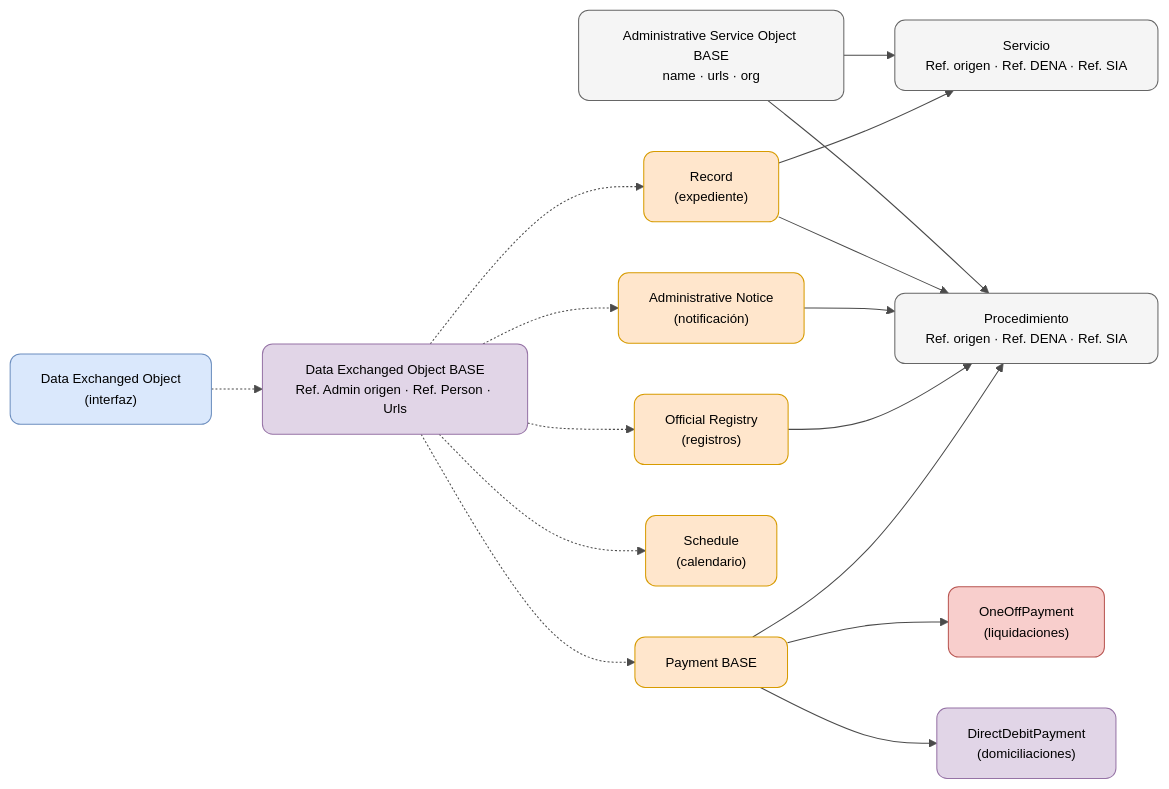
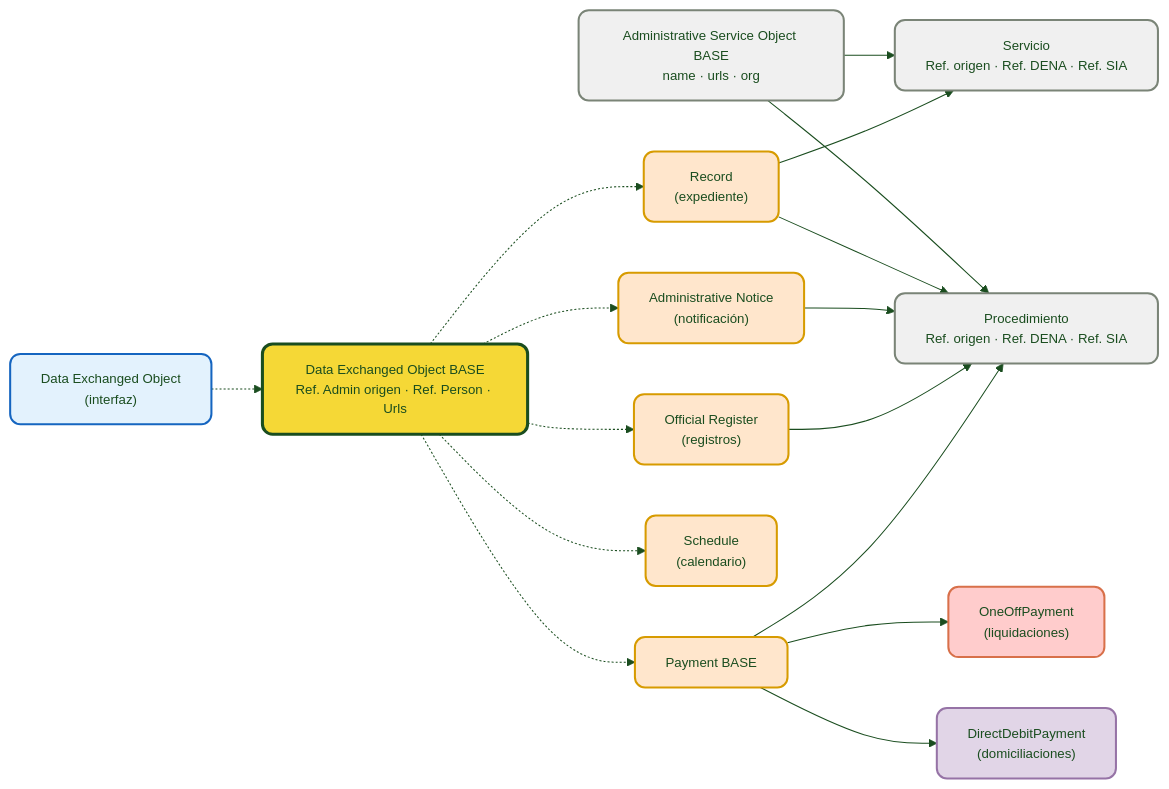
The first of 3 diagrams in docs/semantica/data-retrieve/index.md (DENA-Euskadi/dena-euskadi.github.io), drawn with Mermaid before and after one commit. The commit also changed other lines of this file and 76 other files, not shown here.

````diff
--- a/docs/semantica/data-retrieve/index.md
+++ b/docs/semantica/data-retrieve/index.md
@@ -26,73 +25,74 @@
 ```mermaid
 ---
 config:
   theme: base
   themeVariables:
     primaryColor: "#FFFFFF"
-    primaryTextColor: "#000000"
-    primaryBorderColor: "#CCCCCC"
-    lineColor: "#4A4A4A"
+    primaryTextColor: "#1a4d1f"
+    primaryBorderColor: "#70d680"
+    lineColor: "#1a4d1f"
     fontSize: "13px"
+    fontFamily: "Manrope, sans-serif"
     edgeLabelBackground: "#FFFFFF"
 ---
 flowchart LR
     IFACE["Data Exchanged Object\n(interfaz)"]
     BASE["Data Exchanged Object BASE\nRef. Admin origen · Ref. Person · Urls"]
 
     IFACE -.-> BASE
 
     RECORD["Record\n(expediente)"]
     NOTICE["Administrative Notice\n(notificación)"]
-    REGISTRY["Official Registry\n(registros)"]
+    REGISTRY["Official Register\n(registros)"]
     PAYBASE["Payment BASE"]
     SCHEDULE["Schedule\n(calendario)"]
 
     BASE -.-> RECORD
     BASE -.-> NOTICE
     BASE -.-> REGISTRY
     BASE -.-> PAYBASE
     BASE -.-> SCHEDULE
 
     ONEOFF["OneOffPayment\n(liquidaciones)"]
     DIRECTDEBIT["DirectDebitPayment\n(domiciliaciones)"]
 
     PAYBASE --> ONEOFF
     PAYBASE --> DIRECTDEBIT
 
     SRVBASE["Administrative Service Object BASE\nname · urls · org"]
     SRV["Servicio\nRef. origen · Ref. DENA · Ref. SIA"]
     PROC["Procedimiento\nRef. origen · Ref. DENA · Ref. SIA"]
 
     SRVBASE --> SRV
     SRVBASE --> PROC
 
     RECORD --> SRV
     RECORD --> PROC
     NOTICE --> PROC
     REGISTRY --> PROC
     PAYBASE --> PROC
 
-    click RECORD "https://github.com/DENA-Euskadi/dena-common-docs/blob/main/docs/semantica/data-retrieve/data/expediente.md" "Ver documentación de Expediente"
-    click NOTICE "https://github.com/DENA-Euskadi/dena-common-docs/blob/main/docs/semantica/data-retrieve/data/notificacion.md" "Ver documentación de Notificación"
-    click REGISTRY "https://github.com/DENA-Euskadi/dena-common-docs/blob/main/docs/semantica/data-retrieve/data/registro-oficial.md" "Ver documentación de Registro Oficial"
-    click PAYBASE "https://github.com/DENA-Euskadi/dena-common-docs/blob/main/docs/semantica/data-retrieve/data/pago.md" "Ver documentación de Pagos"
-    click ONEOFF "https://github.com/DENA-Euskadi/dena-common-docs/blob/main/docs/semantica/data-retrieve/data/pago.md" "Ver documentación de Pago Único"
-    click DIRECTDEBIT "https://github.com/DENA-Euskadi/dena-common-docs/blob/main/docs/semantica/data-retrieve/data/pago.md" "Ver documentación de Domiciliación"
-    click SCHEDULE "https://github.com/DENA-Euskadi/dena-common-docs/blob/main/docs/semantica/data-retrieve/data/cita.md" "Ver documentación de Cita"
-    click SRV "https://github.com/DENA-Euskadi/dena-common-docs/blob/main/docs/semantica/data-retrieve/data/servicio-administrativo.md" "Ver documentación de Servicio"
-    click PROC "https://github.com/DENA-Euskadi/dena-common-docs/blob/main/docs/semantica/data-retrieve/data/servicio-administrativo.md" "Ver documentación de Procedimiento"
-    click BASE "https://github.com/DENA-Euskadi/dena-common-docs/blob/main/docs/semantica/data-retrieve/data/campos-comunes.md" "Ver campos comunes heredados"
+    click RECORD "./data/expediente/" "Ver documentación de Expediente"
+    click NOTICE "./data/notificacion/" "Ver documentación de Notificación"
+    click REGISTRY "./data/registro-oficial/" "Ver documentación de Registro Oficial"
+    click PAYBASE "./data/pago/" "Ver documentación de Pagos"
+    click ONEOFF "./data/pago/" "Ver documentación de Pago Único"
+    click DIRECTDEBIT "./data/pago/" "Ver documentación de Domiciliación"
+    click SCHEDULE "./data/cita/" "Ver documentación de Cita"
+    click SRV "./data/servicio-administrativo/" "Ver documentación de Servicio"
+    click PROC "./data/servicio-administrativo/" "Ver documentación de Procedimiento"
+    click BASE "./data/campos-comunes/" "Ver campos comunes heredados"
 
-    style IFACE fill:#dae8fc,stroke:#6c8ebf,color:#000000,rx:10,ry:10
-    style BASE fill:#e1d5e7,stroke:#9673a6,color:#000000,rx:10,ry:10
-    style RECORD fill:#ffe6cc,stroke:#d79b00,color:#000000,rx:10,ry:10
-    style NOTICE fill:#ffe6cc,stroke:#d79b00,color:#000000,rx:10,ry:10
-    style REGISTRY fill:#ffe6cc,stroke:#d79b00,color:#000000,rx:10,ry:10
-    style PAYBASE fill:#ffe6cc,stroke:#d79b00,color:#000000,rx:10,ry:10
-    style SCHEDULE fill:#ffe6cc,stroke:#d79b00,color:#000000,rx:10,ry:10
-    style ONEOFF fill:#f8cecc,stroke:#b85450,color:#000000,rx:10,ry:10
-    style DIRECTDEBIT fill:#e1d5e7,stroke:#9673a6,color:#000000,rx:10,ry:10
-    style SRVBASE fill:#f5f5f5,stroke:#666666,color:#000000,rx:10,ry:10
-    style SRV fill:#f5f5f5,stroke:#666666,color:#000000,rx:10,ry:10
-    style PROC fill:#f5f5f5,stroke:#666666,color:#000000,rx:10,ry:10
+    style IFACE fill:#e3f2fd,stroke:#1565c0,color:#1a4d1f,stroke-width:2px,rx:10,ry:10
+    style BASE fill:#f5d836,stroke:#1a4d1f,color:#1a4d1f,stroke-width:3px,rx:10,ry:10
+    style RECORD fill:#ffe6cc,stroke:#d79b00,color:#1a4d1f,stroke-width:2px,rx:10,ry:10
+    style NOTICE fill:#ffe6cc,stroke:#d79b00,color:#1a4d1f,stroke-width:2px,rx:10,ry:10
+    style REGISTRY fill:#ffe6cc,stroke:#d79b00,color:#1a4d1f,stroke-width:2px,rx:10,ry:10
+    style PAYBASE fill:#ffe6cc,stroke:#d79b00,color:#1a4d1f,stroke-width:2px,rx:10,ry:10
+    style SCHEDULE fill:#ffe6cc,stroke:#d79b00,color:#1a4d1f,stroke-width:2px,rx:10,ry:10
+    style ONEOFF fill:#ffcccc,stroke:#d8704a,color:#1a4d1f,stroke-width:2px,rx:10,ry:10
+    style DIRECTDEBIT fill:#e1d5e7,stroke:#9673a6,color:#1a4d1f,stroke-width:2px,rx:10,ry:10
+    style SRVBASE fill:#f0f0f0,stroke:#7a8477,color:#1a4d1f,stroke-width:2px,rx:10,ry:10
+    style SRV fill:#f0f0f0,stroke:#7a8477,color:#1a4d1f,stroke-width:2px,rx:10,ry:10
+    style PROC fill:#f0f0f0,stroke:#7a8477,color:#1a4d1f,stroke-width:2px,rx:10,ry:10
 ```
````
